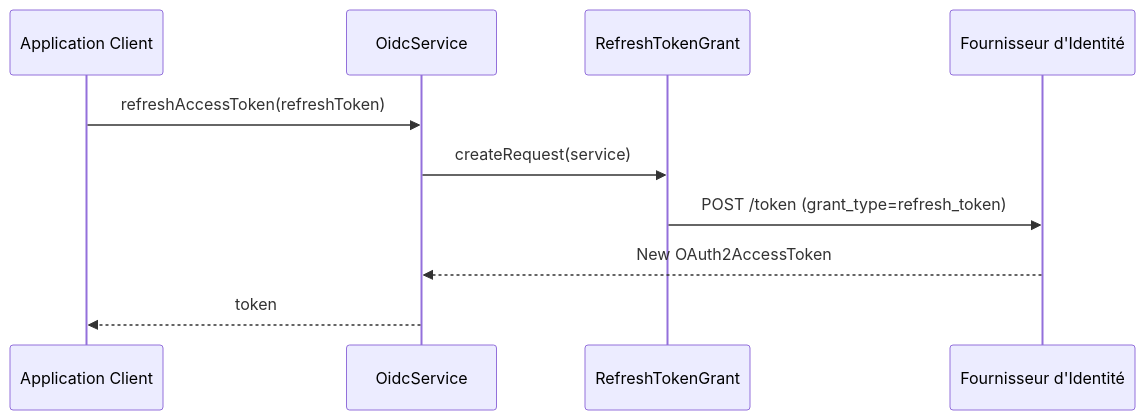
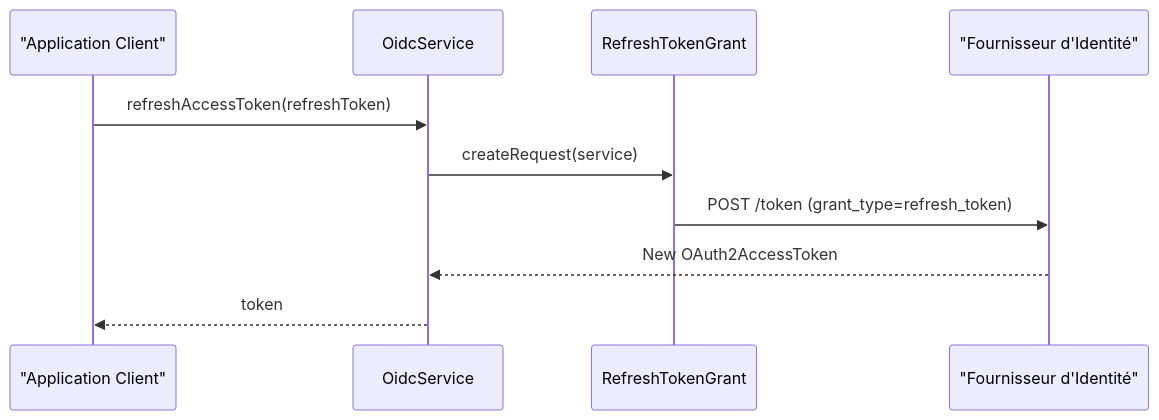
The third of 21 diagrams in docs/explanations/oauth2-flows.md (Q300Z/scribejava), drawn with Mermaid before and after one commit. The commit also changed other lines of this file, not shown here.

Commit message:
docs(oidc): fix mermaid syntax and align architectural flows with codebase

````diff
--- a/docs/explanations/oauth2-flows.md
+++ b/docs/explanations/oauth2-flows.md
@@ -164,15 +164,15 @@
 ```mermaid
 
 sequenceDiagram
-    participant App as Application Client
+    participant App as "Application Client"
     participant Service as OidcService
     participant Grant as RefreshTokenGrant
-    participant IdP as Fournisseur d'Identité
+    participant IdP as "Fournisseur d'Identité"
 
     App->>Service: refreshAccessToken(refreshToken)
     Service->>Grant: createRequest(service)
     Grant->>IdP: POST /token (grant_type=refresh_token)
     IdP-->>Service: New OAuth2AccessToken
     Service-->>App: token
 
 ```
````
